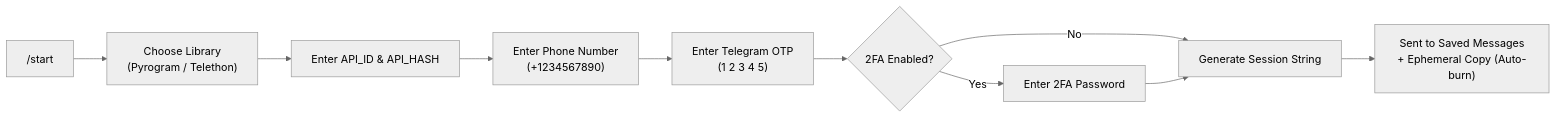
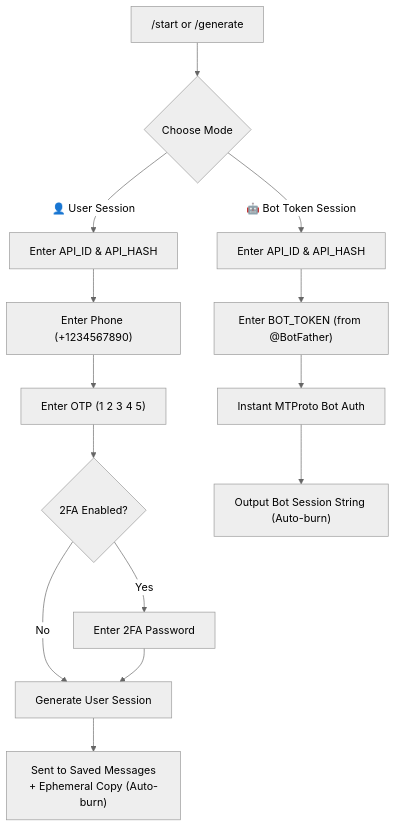
The diagram in README.md (saahiyo-cloud/ZeroSess), drawn with Mermaid (neutral theme) before and after one commit. The commit also changed other lines of this file and 5 other files, not shown here.

Commit message:
feat: add Bot Token Session generation support for Pyrogram v2 & Telethon

````diff
--- a/README.md
+++ b/README.md
@@ -85,12 +88,17 @@
 ```mermaid
-graph LR
-    A["/start"] --> B["Choose Library\n(Pyrogram / Telethon)"]
-    B --> C["Enter API_ID & API_HASH"]
-    C --> D["Enter Phone Number\n(+1234567890)"]
-    D --> E["Enter Telegram OTP\n(1 2 3 4 5)"]
+graph TD
+    A["/start or /generate"] --> B{"Choose Mode"}
+    B -->|👤 User Session| C["Enter API_ID & API_HASH"]
+    C --> D["Enter Phone (+1234567890)"]
+    D --> E["Enter OTP (1 2 3 4 5)"]
     E --> F{"2FA Enabled?"}
     F -- Yes --> G["Enter 2FA Password"]
-    F -- No --> H["Generate Session String"]
+    F -- No --> H["Generate User Session"]
     G --> H
     H --> I["Sent to Saved Messages\n+ Ephemeral Copy (Auto-burn)"]
+
+    B -->|🤖 Bot Token Session| J["Enter API_ID & API_HASH"]
+    J --> K["Enter BOT_TOKEN (from @BotFather)"]
+    K --> L["Instant MTProto Bot Auth"]
+    L --> M["Output Bot Session String (Auto-burn)"]
 ```
````
